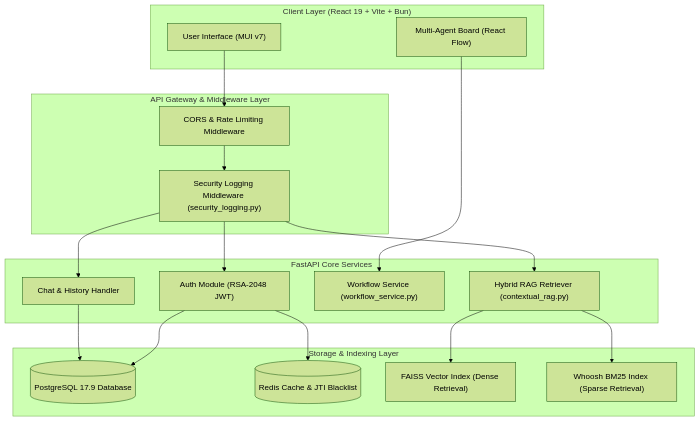
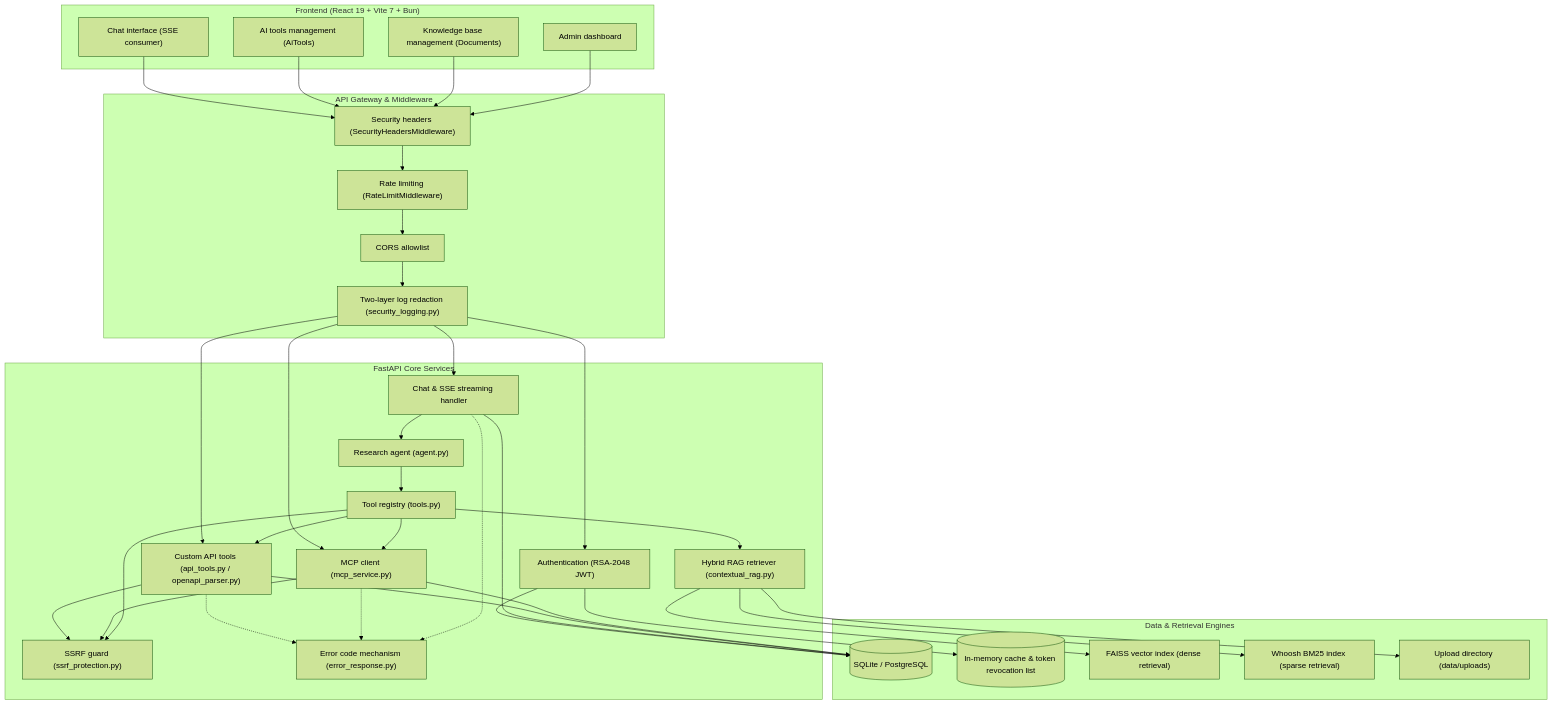
Before and after one commit to Scorpio-meow/AskMiao: the first of 6 diagrams in docs/architecture_en.md, drawn with Mermaid (forest theme). The commit also changed other lines of this file and 15 other files, not shown here.

````diff
--- a/docs/architecture_en.md
+++ b/docs/architecture_en.md
@@ -13,38 +13,67 @@
 ```mermaid
 flowchart TB
-    subgraph Client ["Client Layer (React 19 + Vite + Bun)"]
-        UI["User Interface (MUI v7)"]
-        Board["Multi-Agent Board (React Flow)"]
+    subgraph Client ["Frontend (React 19 + Vite 7 + Bun)"]
+        UI["Chat interface (SSE consumer)"]
+        ToolsUI["AI tools management (AiTools)"]
+        DocsUI["Knowledge base management (Documents)"]
+        AdminUI["Admin dashboard"]
     end
 
-    subgraph Gateway ["API Gateway & Middleware Layer"]
-        CORSMiddleware["CORS & Rate Limiting Middleware"]
-        SecurityLogging["Security Logging Middleware (security_logging.py)"]
+    subgraph Gateway ["API Gateway & Middleware"]
+        SecHeaders["Security headers (SecurityHeadersMiddleware)"]
+        RateLimit["Rate limiting (RateLimitMiddleware)"]
+        CORS["CORS allowlist"]
+        Redact["Two-layer log redaction (security_logging.py)"]
     end
 
     subgraph Backend ["FastAPI Core Services"]
-        AuthModule["Auth Module (RSA-2048 JWT)"]
-        RAGModule["Hybrid RAG Retriever (contextual_rag.py)"]
-        WorkflowModule["Workflow Service (workflow_service.py)"]
-        ChatModule["Chat & History Handler"]
+        AuthModule["Authentication (RSA-2048 JWT)"]
+        ChatModule["Chat & SSE streaming handler"]
+        RAGModule["Hybrid RAG retriever (contextual_rag.py)"]
+        AgentModule["Research agent (agent.py)"]
+        ToolModule["Tool registry (tools.py)"]
+        ApiToolModule["Custom API tools (api_tools.py / openapi_parser.py)"]
+        McpModule["MCP client (mcp_service.py)"]
+        SSRFGuard["SSRF guard (ssrf_protection.py)"]
+        ErrModule["Error code mechanism (error_response.py)"]
     end
 
-    subgraph Storage ["Storage & Indexing Layer"]
-        DB[(PostgreSQL 17.9 Database)]
-        RedisCache[(Redis Cache & JTI Blacklist)]
-        FAISSIndex["FAISS Vector Index (Dense Retrieval)"]
-        BM25Index["Whoosh BM25 Index (Sparse Retrieval)"]
+    subgraph Storage ["Data & Retrieval Engines"]
+        DB[(SQLite / PostgreSQL)]
+        MemCache[("In-memory cache & token revocation list")]
+        FAISSIndex["FAISS vector index (dense retrieval)"]
+        BM25Index["Whoosh BM25 index (sparse retrieval)"]
+        Uploads["Upload directory (data/uploads)"]
     end
 
-    UI --> CORSMiddleware
-    Board --> WorkflowModule
-    CORSMiddleware --> SecurityLogging
-    SecurityLogging --> AuthModule
-    SecurityLogging --> RAGModule
-    SecurityLogging --> ChatModule
+    UI --> SecHeaders
+    ToolsUI --> SecHeaders
+    DocsUI --> SecHeaders
+    AdminUI --> SecHeaders
+    SecHeaders --> RateLimit --> CORS --> Redact
+    Redact --> AuthModule
+    Redact --> ChatModule
+    Redact --> ApiToolModule
+    Redact --> McpModule
+
+    ChatModule --> AgentModule
+    AgentModule --> ToolModule
+    ToolModule --> RAGModule
+    ToolModule --> ApiToolModule
+    ToolModule --> McpModule
+    ApiToolModule --> SSRFGuard
+    McpModule --> SSRFGuard
+    ToolModule --> SSRFGuard
+
     AuthModule --> DB
-    AuthModule --> RedisCache
+    AuthModule --> MemCache
+    ChatModule --> DB
+    ApiToolModule --> DB
+    McpModule --> DB
     RAGModule --> FAISSIndex
     RAGModule --> BM25Index
-    ChatModule --> DB
+    RAGModule --> Uploads
+    ApiToolModule -.-> ErrModule
+    McpModule -.-> ErrModule
+    ChatModule -.-> ErrModule
 ```
````
